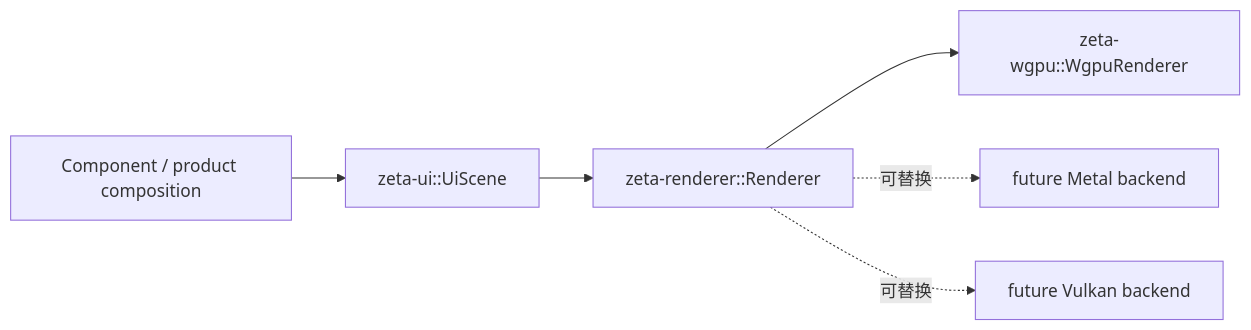
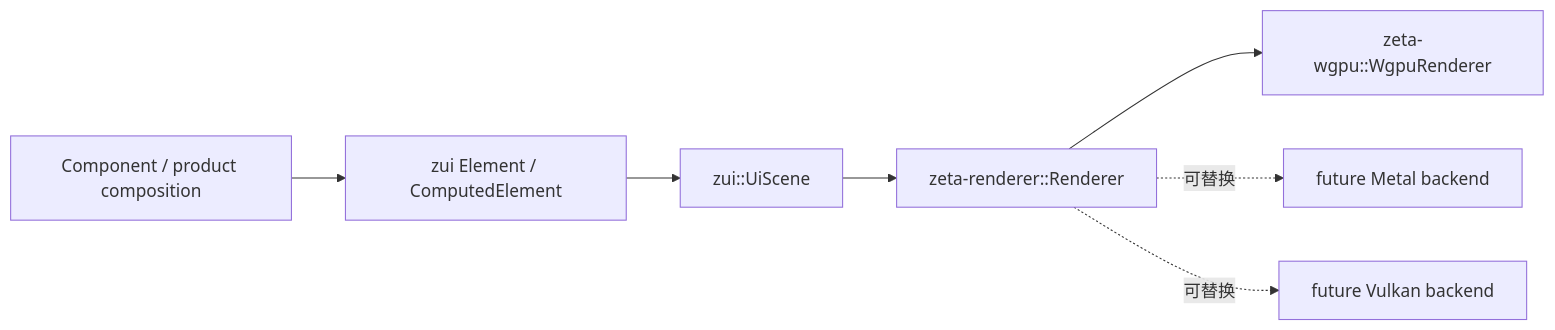
One commit to chogng/zeta changed the diagram in docs/rendering-architecture.md. Above: the diagram before and after it, drawn with Mermaid. The commit also changed other lines of this file and 118 other files, not shown here.

````diff
--- a/docs/rendering-architecture.md
+++ b/docs/rendering-architecture.md
@@ -21,8 +22,9 @@
 ```mermaid
 flowchart LR
-    C["Component / product composition"] --> S["zeta-ui::UiScene"]
+    C["Component / product composition"] --> E["zui Element / ComputedElement"]
+    E --> S["zui::UiScene"]
     S --> R["zeta-renderer::Renderer"]
     R --> W["zeta-wgpu::WgpuRenderer"]
     R -. "可替换" .-> M["future Metal backend"]
     R -. "可替换" .-> V["future Vulkan backend"]
 ```
````
